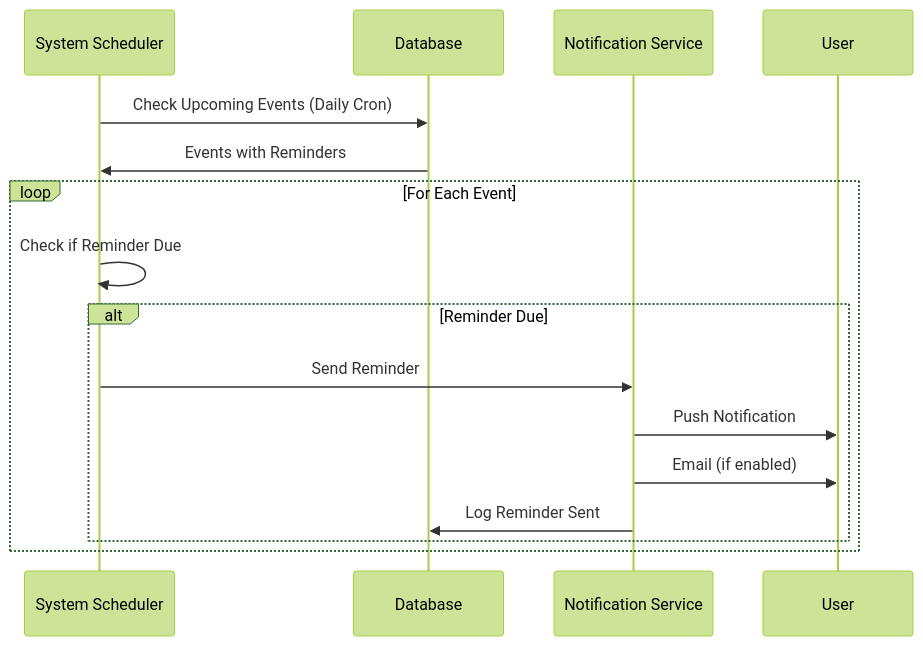
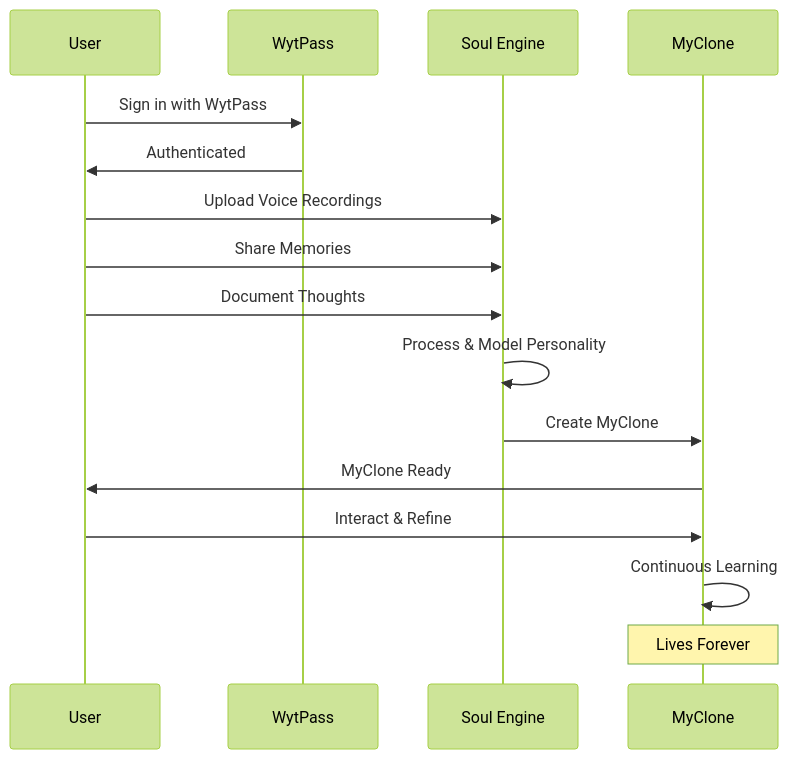
The second of 2 diagrams in docs/en/features/wytlife.md (jkmuthu/newwytnet), drawn with Mermaid (forest theme) before and after one commit. The commit also changed other lines of this file, not shown here.

First line of the commit message:
Update WytLife documentation to reflect new AI-driven life continuity platform

````diff
--- a/docs/en/features/wytlife.md
+++ b/docs/en/features/wytlife.md
@@ -271,20 +319,23 @@
 ```mermaid
 sequenceDiagram
-    participant S as System Scheduler
-    participant DB as Database
-    participant N as Notification Service
     participant U as User
+    participant W as WytPass
+    participant S as Soul Engine
+    participant M as MyClone
     
-    S->>DB: Check Upcoming Events (Daily Cron)
-    DB->>S: Events with Reminders
+    U->>W: Sign in with WytPass
+    W->>U: Authenticated
     
-    loop For Each Event
-        S->>S: Check if Reminder Due
-        alt Reminder Due
-            S->>N: Send Reminder
-            N->>U: Push Notification
-            N->>U: Email (if enabled)
-            N->>DB: Log Reminder Sent
-        end
-    end
+    U->>S: Upload Voice Recordings
+    U->>S: Share Memories
+    U->>S: Document Thoughts
+    
+    S->>S: Process & Model Personality
+    S->>M: Create MyClone
+    
+    M->>U: MyClone Ready
+    U->>M: Interact & Refine
+    M->>M: Continuous Learning
+    
+    Note over M: Lives Forever
 ```
````
